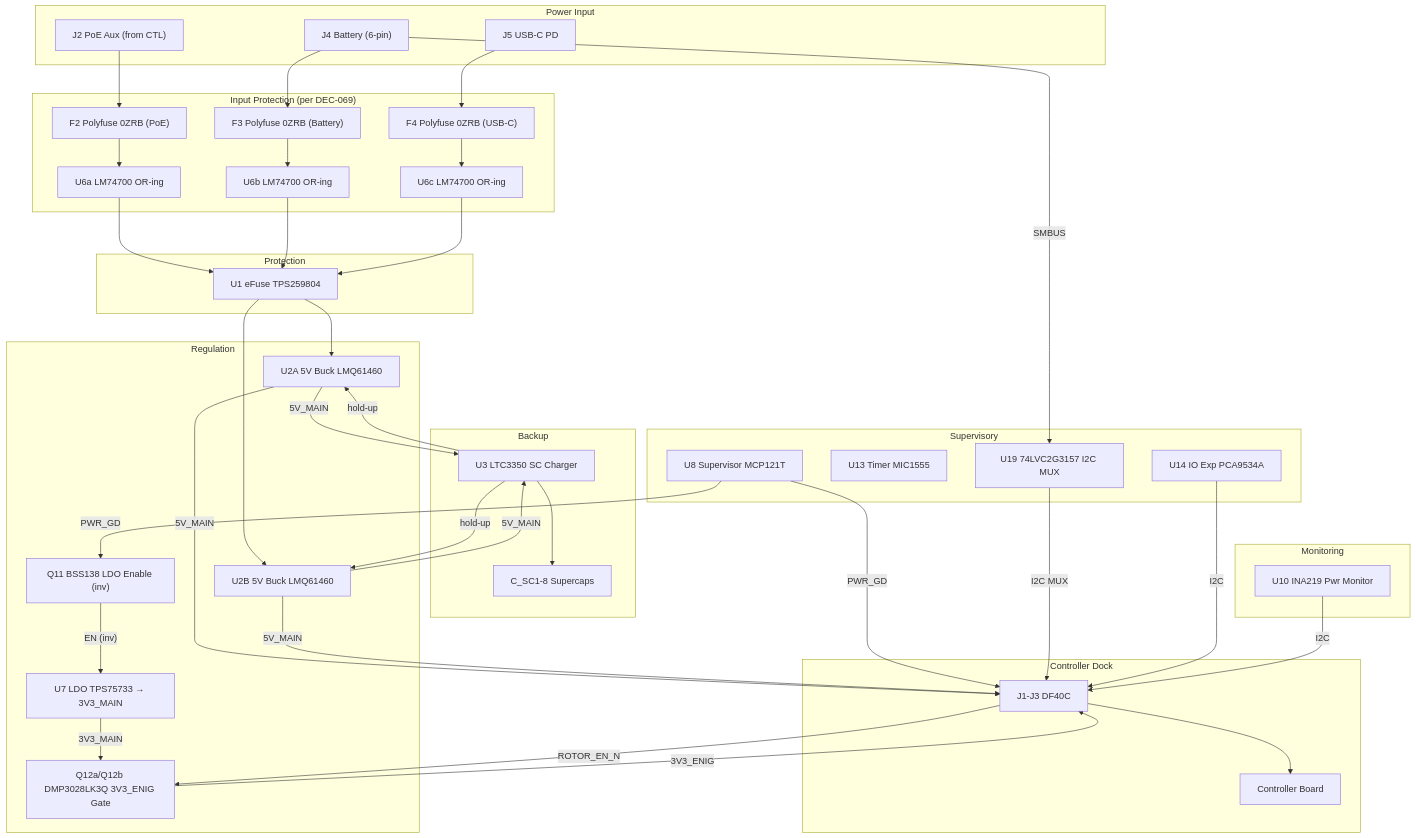
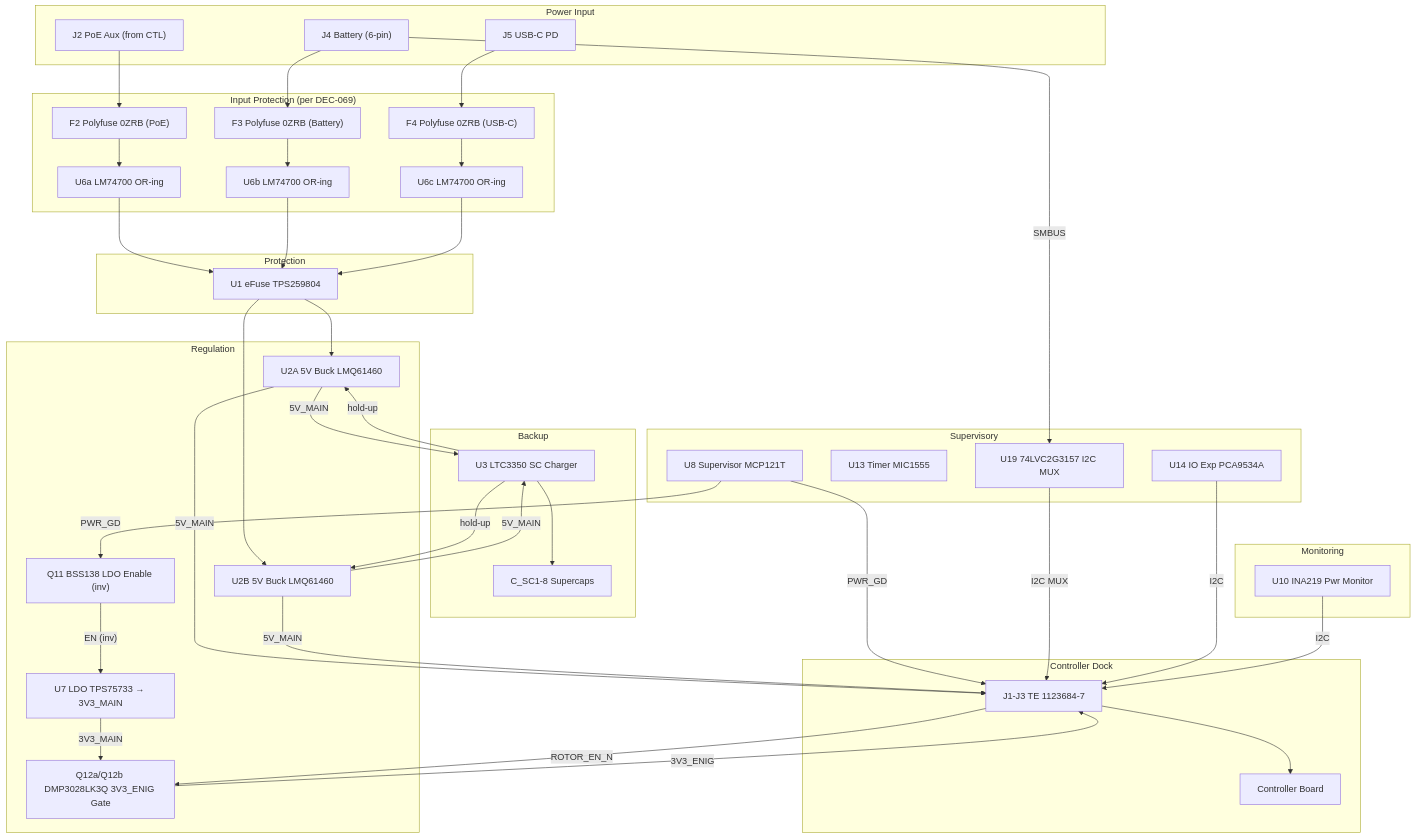
Before and after one commit to thepinkmile/Enigma-2026-AI: the diagram in design/Electronics/Power_Module/Design_Spec.md, drawn with Mermaid. The commit also changed other lines of this file and 22 other files, not shown here.

````diff
--- a/design/Electronics/Power_Module/Design_Spec.md
+++ b/design/Electronics/Power_Module/Design_Spec.md
@@ -78,71 +78,71 @@
 ```mermaid
 flowchart TD
   subgraph PowerInput["Power Input"]
     J2["J2 PoE Aux (from CTL)"]
     J4["J4 Battery (6-pin)"]
     J5["J5 USB-C PD"]
   end
 
   subgraph InputProtection["Input Protection (per DEC-069)"]
     F2["F2 Polyfuse 0ZRB (PoE)"]
     F3["F3 Polyfuse 0ZRB (Battery)"]
     F4["F4 Polyfuse 0ZRB (USB-C)"]
     U6a["U6a LM74700 OR-ing"]
     U6b["U6b LM74700 OR-ing"]
     U6c["U6c LM74700 OR-ing"]
   end
 
   subgraph Protection["Protection"]
     U1["U1 eFuse TPS259804"]
   end
 
   subgraph Regulation["Regulation"]
     U2A["U2A 5V Buck LMQ61460"]
     U2B["U2B 5V Buck LMQ61460"]
     U7["U7 LDO TPS75733 → 3V3_MAIN"]
     Q11["Q11 BSS138 LDO Enable (inv)"]
     Q12["Q12a/Q12b DMP3028LK3Q 3V3_ENIG Gate"]
   end
 
   subgraph Backup["Backup"]
     U3["U3 LTC3350 SC Charger"]
     CSC["C_SC1-8 Supercaps"]
   end
 
   subgraph Supervisory["Supervisory"]
     U8["U8 Supervisor MCP121T"]
     U13["U13 Timer MIC1555"]
     U14["U14 IO Exp PCA9534A"]
     U19["U19 74LVC2G3157 I2C MUX"]
   end
 
   subgraph Monitoring["Monitoring"]
     U10["U10 INA219 Pwr Monitor"]
   end
 
   subgraph Dock["Controller Dock"]
-    J1J3["J1-J3 DF40C"]
+    J1J3["J1-J3 TE 1123684-7"]
     CTRL["Controller Board"]
   end
 
   J2 --> F2 --> U6a
   J4 --> F3 --> U6b
   J5 --> F4 --> U6c
   U6a & U6b & U6c --> U1
   U1 --> U2A & U2B
   U2A & U2B -- "5V_MAIN" --> U3
   U3 -- "hold-up" --> U2A & U2B
   U3 --> CSC
   U2A & U2B -- "5V_MAIN" --> J1J3
   U8 -- "PWR_GD" --> Q11
   U8 -- "PWR_GD" --> J1J3
   Q11 -- "EN (inv)" --> U7
   U7 -- "3V3_MAIN" --> Q12
   J1J3 -- "ROTOR_EN_N" --> Q12
   Q12 -- "3V3_ENIG" --> J1J3
   J4 -- "SMBUS" --> U19
   U19 -- "I2C MUX" --> J1J3
   U14 -- "I2C" --> J1J3
   U10 -- "I2C" --> J1J3
   J1J3 --> CTRL
 ```
````
